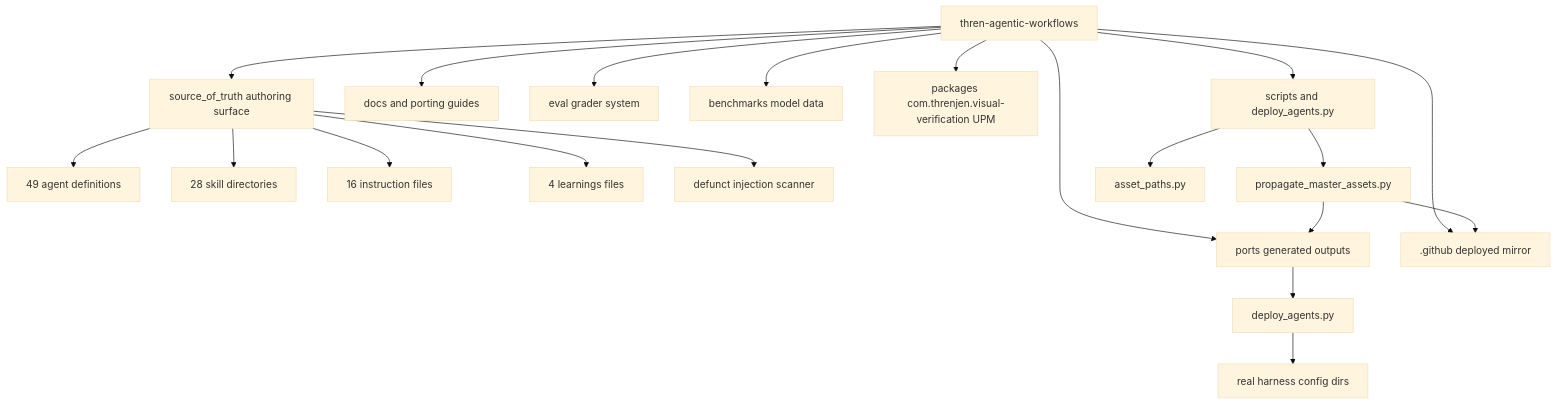
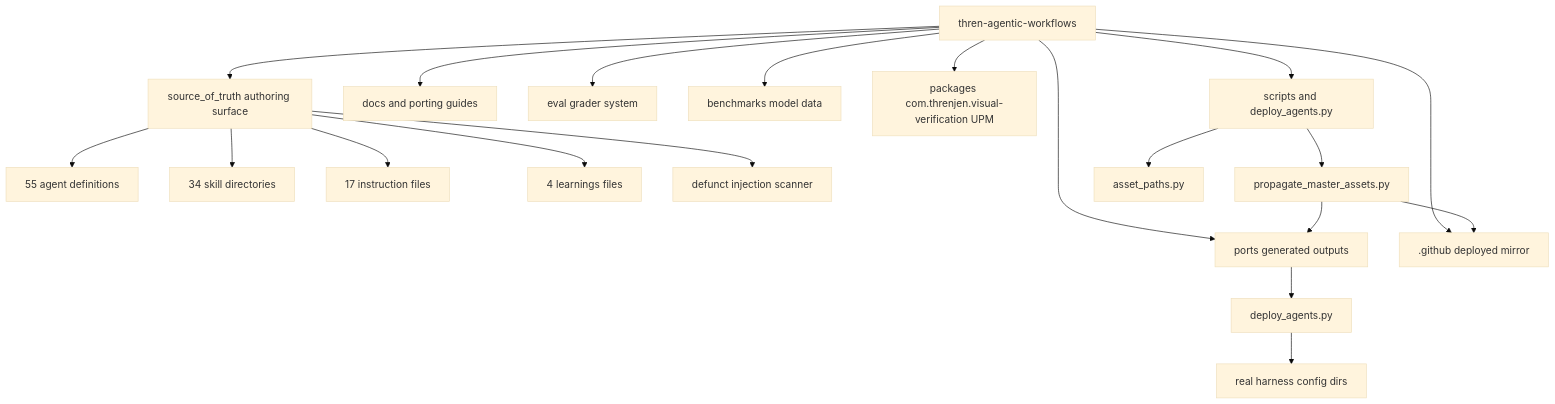
Before and after one commit to threnjen/thren-agentic-workflows: the first of 4 diagrams in docs/ARCHITECTURE.md, drawn with Mermaid (base theme). The commit also changed other lines of this file and 6 other files, not shown here.

````diff
--- a/docs/ARCHITECTURE.md
+++ b/docs/ARCHITECTURE.md
@@ -23,26 +23,26 @@
 ```mermaid
 flowchart TD
     Root[thren-agentic-workflows]
 
     Root --> SOT[source_of_truth authoring surface]
     Root --> Ports[ports generated outputs]
     Root --> DotGithub[.github deployed mirror]
     Root --> Docs[docs and porting guides]
     Root --> Eval[eval grader system]
     Root --> Bench[benchmarks model data]
     Root --> Pkg[packages com.threnjen.visual-verification UPM]
     Root --> Scripts[scripts and deploy_agents.py]
 
-    SOT --> Agents[49 agent definitions]
-    SOT --> Skills[28 skill directories]
-    SOT --> Instructions[16 instruction files]
+    SOT --> Agents[55 agent definitions]
+    SOT --> Skills[34 skill directories]
+    SOT --> Instructions[17 instruction files]
     SOT --> Learnings[4 learnings files]
     SOT --> Hooks[defunct injection scanner]
 
     Scripts --> Propagate[propagate_master_assets.py]
     Scripts --> Shared[asset_paths.py]
     Propagate --> Ports
     Propagate --> DotGithub
     Deploy[deploy_agents.py] --> RealDirs[real harness config dirs]
     Ports --> Deploy
 ```
````
